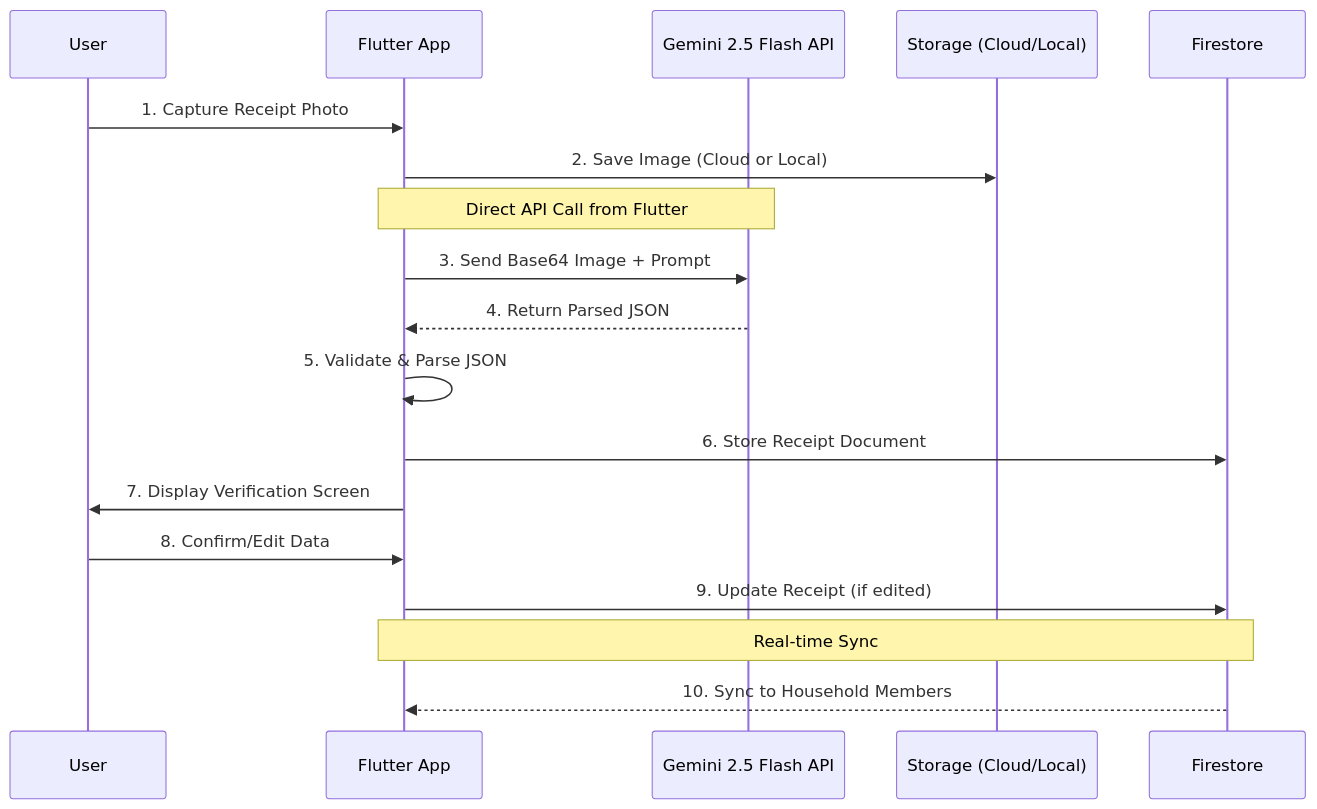
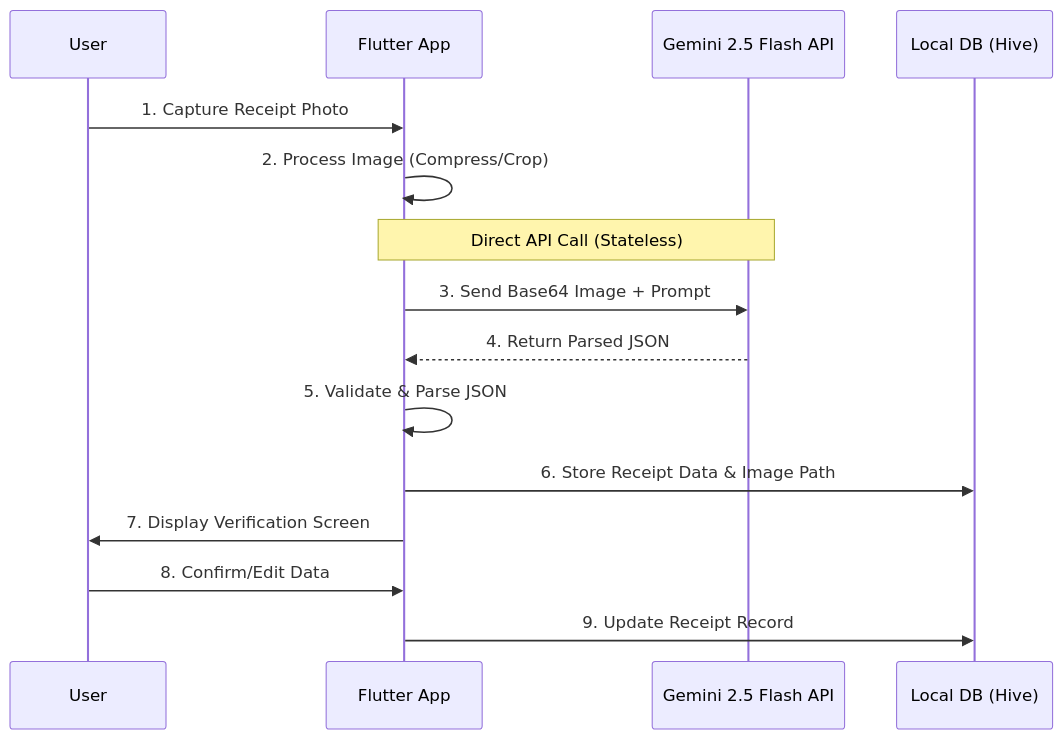
The first of 2 diagrams in specs/design.md (HeartThanakorn/sparfuchs-mobile-app), drawn with Mermaid before and after one commit. The commit also changed other lines of this file and 2 other files, not shown here.

Commit message:
docs: Update documentation to reflect offline-first architecture and removed features

````diff
--- a/specs/design.md
+++ b/specs/design.md
@@ -13,24 +11,21 @@
 ```mermaid
 sequenceDiagram
     participant User
     participant Flutter as Flutter App
     participant AI as Gemini 2.5 Flash API
-    participant Storage as Storage (Cloud/Local)
-    participant DB as Firestore
+    participant Hive as Local DB (Hive)
 
     User->>Flutter: 1. Capture Receipt Photo
-    Flutter->>Storage: 2. Save Image (Cloud or Local)
+    Flutter->>Flutter: 2. Process Image (Compress/Crop)
     
-    Note over Flutter,AI: Direct API Call from Flutter
+    Note over Flutter,AI: Direct API Call (Stateless)
     Flutter->>AI: 3. Send Base64 Image + Prompt
     AI-->>Flutter: 4. Return Parsed JSON
+    
     Flutter->>Flutter: 5. Validate & Parse JSON
-    Flutter->>DB: 6. Store Receipt Document
+    Flutter->>Hive: 6. Store Receipt Data & Image Path
     
     Flutter->>User: 7. Display Verification Screen
     User->>Flutter: 8. Confirm/Edit Data
-    Flutter->>DB: 9. Update Receipt (if edited)
-
-    Note over DB,Flutter: Real-time Sync
-    DB-->>Flutter: 10. Sync to Household Members
+    Flutter->>Hive: 9. Update Receipt Record
 ```
````
